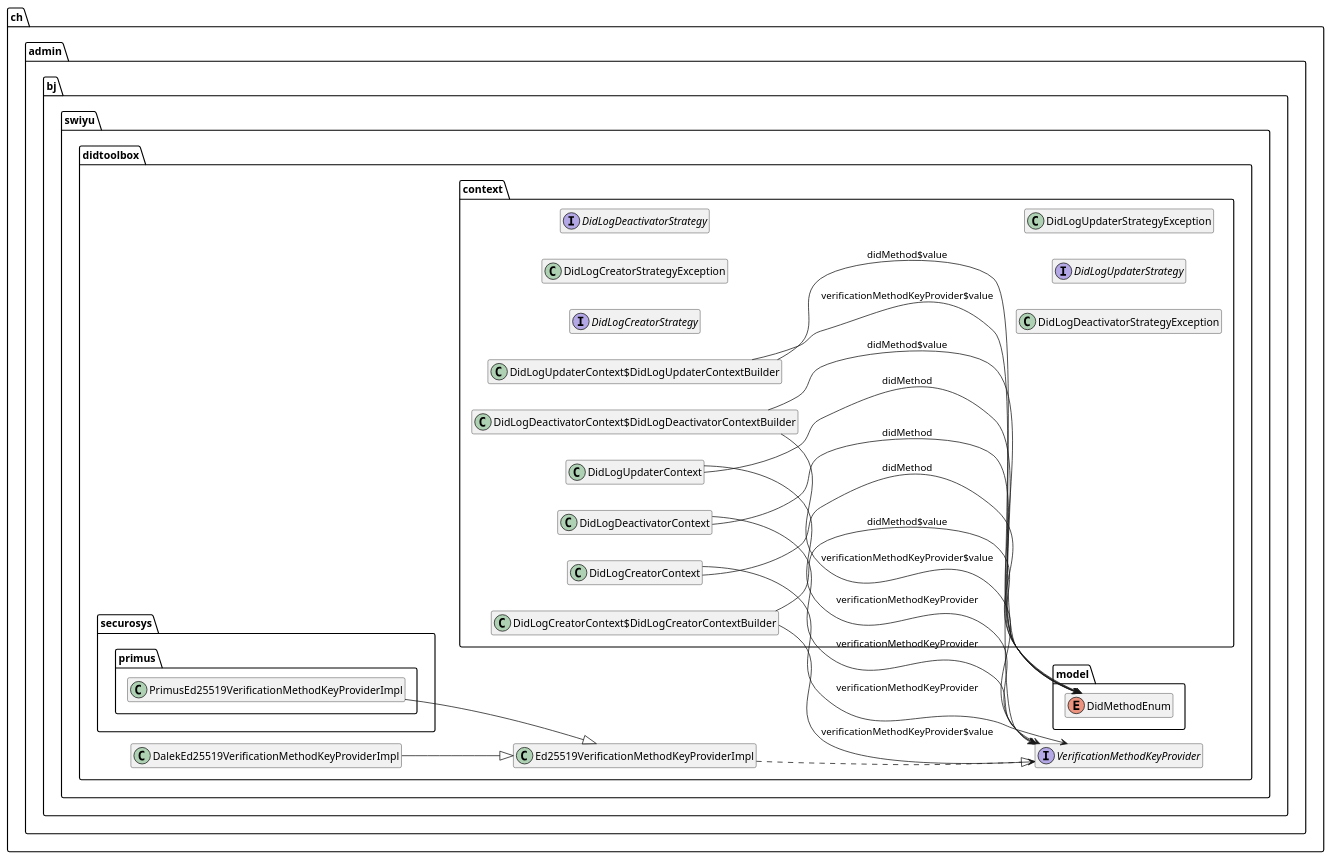
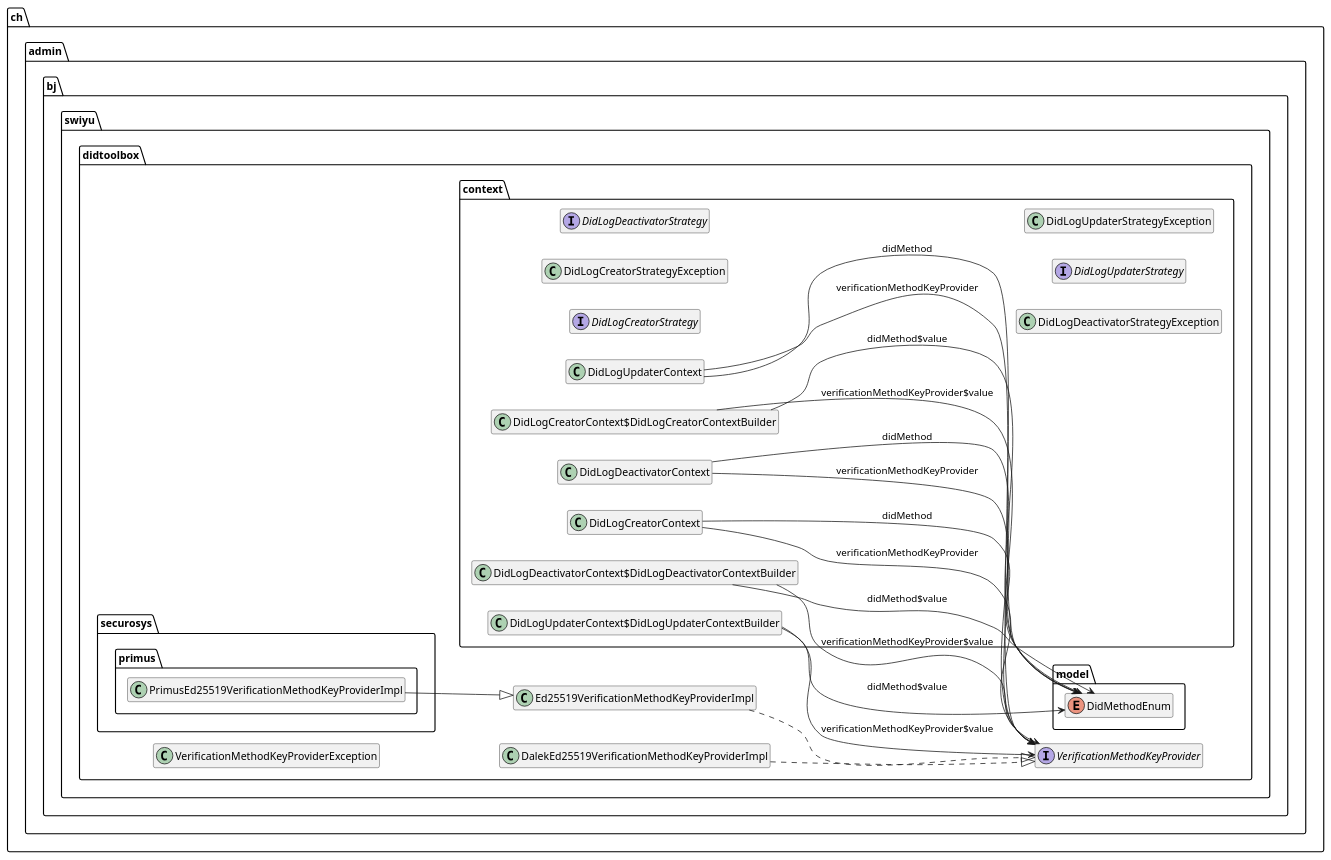
Before and after one commit to swiyu-admin-ch/didtoolbox-java: the diagram in src/main/plantuml/didtoolbox-api-classes-only.puml, drawn with PlantUML. The commit also changed 33 other files, not shown here.

Commit message:
EIDOMNI-544: Deps updated. Cleanup. Using broadly (where applicable) the new VerificationMethodKeyProvider impl. DalekEd25519VerificationMethodKeyProviderImpl

```diff
--- a/src/main/plantuml/didtoolbox-api-classes-only.puml
+++ b/src/main/plantuml/didtoolbox-api-classes-only.puml
@@ -2,147 +2,154 @@
 @startuml
 
 left to right direction
 
 
 class ch.admin.bj.swiyu.didtoolbox.DalekEd25519VerificationMethodKeyProviderImpl {
 	{field} #cryptoSuite : ch.admin.eid.did_sidekicks.EddsaJcs2022Cryptosuite
 	{field} #signingKey : ch.admin.eid.did_sidekicks.Ed25519SigningKey
-	{method} +addEddsaJcs2022DataIntegrityProof ( paramJsonElement1 : com.google.gson.JsonElement , paramString2 : String , paramString3 : String , paramZonedDateTime4 : java.time.ZonedDateTime ) : String
+	{method} +addEddsaJcs2022DataIntegrityProof ( paramString1 : String , paramString2 : String , paramString3 : String , paramZonedDateTime4 : java.time.ZonedDateTime ) : String
 	{method} +generateSignature ( param[B1 : [B ) : [B
 	{method} +getVerificationKeyMultibase () : String
-	{method} +writePublicKeyAsPem ( paramString1 : String ) : void
+	{method} +isKeyMultibaseInSet ( paramSet1 : java.util.Set ) : boolean
+	{method} +writePublicKeyPemFile ( paramFile1 : java.io.File ) : void
 }
 
 
 class ch.admin.bj.swiyu.didtoolbox.Ed25519VerificationMethodKeyProviderImpl {
 	{field} #keyPair : java.security.KeyPair
 	{field} #provider : java.security.Provider
+	{method} +addEddsaJcs2022DataIntegrityProof ( paramString1 : String , paramString2 : String , paramString3 : String , paramZonedDateTime4 : java.time.ZonedDateTime ) : String
 	{method} +generateSignature ( param[B1 : [B ) : [B
 	{method} +getVerificationKeyMultibase () : String
 	{method} +isKeyMultibaseInSet ( paramSet1 : java.util.Set ) : boolean
 	{method} +writePublicKeyAsPem ( paramFile1 : java.io.File ) : void
 }
 
 
 interface ch.admin.bj.swiyu.didtoolbox.VerificationMethodKeyProvider {
+	{method}  {abstract} +addEddsaJcs2022DataIntegrityProof ( paramString1 : String , paramString2 : String , paramString3 : String , paramZonedDateTime4 : java.time.ZonedDateTime ) : String
 	{method}  {abstract} +generateSignature ( param[B1 : [B ) : [B
 	{method}  {abstract} +getVerificationKeyMultibase () : String
 	{method}  {abstract} +isKeyMultibaseInSet ( paramSet1 : java.util.Set ) : boolean
+}
+
+
+class ch.admin.bj.swiyu.didtoolbox.VerificationMethodKeyProviderException {
 }
 
 
 class ch.admin.bj.swiyu.didtoolbox.context.DidLogCreatorContext {
 	{method} +create ( paramURL1 : java.net.URL ) : String
 }
 
 
 class ch.admin.bj.swiyu.didtoolbox.context.DidLogCreatorContext$DidLogCreatorContextBuilder {
 	{method} +assertionMethodKeys ( paramMap1 : java.util.Map ) : ch.admin.bj.swiyu.didtoolbox.context.DidLogCreatorContext$DidLogCreatorContextBuilder
 	{method} +authenticationKeys ( paramMap1 : java.util.Map ) : ch.admin.bj.swiyu.didtoolbox.context.DidLogCreatorContext$DidLogCreatorContextBuilder
 	{method} +build () : ch.admin.bj.swiyu.didtoolbox.context.DidLogCreatorContext
 	{method} +didMethod ( paramDidMethodEnum1 : ch.admin.bj.swiyu.didtoolbox.model.DidMethodEnum ) : ch.admin.bj.swiyu.didtoolbox.context.DidLogCreatorContext$DidLogCreatorContextBuilder
 	{method} +forceOverwrite ( paramboolean1 : boolean ) : ch.admin.bj.swiyu.didtoolbox.context.DidLogCreatorContext$DidLogCreatorContextBuilder
 	{method} +nextKeys ( paramSet1 : java.util.Set ) : ch.admin.bj.swiyu.didtoolbox.context.DidLogCreatorContext$DidLogCreatorContextBuilder
 	{method} +toString () : String
 	{method} +updateKeys ( paramSet1 : java.util.Set ) : ch.admin.bj.swiyu.didtoolbox.context.DidLogCreatorContext$DidLogCreatorContextBuilder
 	{method} +verificationMethodKeyProvider ( paramVerificationMethodKeyProvider1 : ch.admin.bj.swiyu.didtoolbox.VerificationMethodKeyProvider ) : ch.admin.bj.swiyu.didtoolbox.context.DidLogCreatorContext$DidLogCreatorContextBuilder
 }
 
 
 interface ch.admin.bj.swiyu.didtoolbox.context.DidLogCreatorStrategy {
 	{method}  {abstract} +createDidLog ( paramURL1 : java.net.URL ) : String
 	{method}  {abstract} +createDidLog ( paramURL1 : java.net.URL , paramZonedDateTime2 : java.time.ZonedDateTime ) : String
 }
 
 
 class ch.admin.bj.swiyu.didtoolbox.context.DidLogCreatorStrategyException {
 }
 
 
 class ch.admin.bj.swiyu.didtoolbox.context.DidLogDeactivatorContext {
 	{method} +deactivate ( paramString1 : String ) : String
 	{method} +deactivate ( paramFile1 : java.io.File ) : String
 }
 
 
 class ch.admin.bj.swiyu.didtoolbox.context.DidLogDeactivatorContext$DidLogDeactivatorContextBuilder {
 	{method} +build () : ch.admin.bj.swiyu.didtoolbox.context.DidLogDeactivatorContext
 	{method} +didMethod ( paramDidMethodEnum1 : ch.admin.bj.swiyu.didtoolbox.model.DidMethodEnum ) : ch.admin.bj.swiyu.didtoolbox.context.DidLogDeactivatorContext$DidLogDeactivatorContextBuilder
 	{method} +toString () : String
 	{method} +verificationMethodKeyProvider ( paramVerificationMethodKeyProvider1 : ch.admin.bj.swiyu.didtoolbox.VerificationMethodKeyProvider ) : ch.admin.bj.swiyu.didtoolbox.context.DidLogDeactivatorContext$DidLogDeactivatorContextBuilder
 }
 
 
 interface ch.admin.bj.swiyu.didtoolbox.context.DidLogDeactivatorStrategy {
 	{method}  {abstract} +deactivateDidLog ( paramString1 : String ) : String
 	{method}  {abstract} +deactivateDidLog ( paramFile1 : java.io.File ) : String
 	{method}  {abstract} +deactivateDidLog ( paramString1 : String , paramZonedDateTime2 : java.time.ZonedDateTime ) : String
 }
 
 
 class ch.admin.bj.swiyu.didtoolbox.context.DidLogDeactivatorStrategyException {
 }
 
 
 class ch.admin.bj.swiyu.didtoolbox.context.DidLogUpdaterContext {
 	{method} +update ( paramString1 : String ) : String
 	{method} +update ( paramFile1 : java.io.File ) : String
 }
 
 
 class ch.admin.bj.swiyu.didtoolbox.context.DidLogUpdaterContext$DidLogUpdaterContextBuilder {
 	{method} +assertionMethodKeys ( paramMap1 : java.util.Map ) : ch.admin.bj.swiyu.didtoolbox.context.DidLogUpdaterContext$DidLogUpdaterContextBuilder
 	{method} +authenticationKeys ( paramMap1 : java.util.Map ) : ch.admin.bj.swiyu.didtoolbox.context.DidLogUpdaterContext$DidLogUpdaterContextBuilder
 	{method} +build () : ch.admin.bj.swiyu.didtoolbox.context.DidLogUpdaterContext
 	{method} +didMethod ( paramDidMethodEnum1 : ch.admin.bj.swiyu.didtoolbox.model.DidMethodEnum ) : ch.admin.bj.swiyu.didtoolbox.context.DidLogUpdaterContext$DidLogUpdaterContextBuilder
 	{method} +nextKeys ( paramSet1 : java.util.Set ) : ch.admin.bj.swiyu.didtoolbox.context.DidLogUpdaterContext$DidLogUpdaterContextBuilder
 	{method} +toString () : String
 	{method} +updateKeys ( paramSet1 : java.util.Set ) : ch.admin.bj.swiyu.didtoolbox.context.DidLogUpdaterContext$DidLogUpdaterContextBuilder
 	{method} +verificationMethodKeyProvider ( paramVerificationMethodKeyProvider1 : ch.admin.bj.swiyu.didtoolbox.VerificationMethodKeyProvider ) : ch.admin.bj.swiyu.didtoolbox.context.DidLogUpdaterContext$DidLogUpdaterContextBuilder
 }
 
 
 interface ch.admin.bj.swiyu.didtoolbox.context.DidLogUpdaterStrategy {
 	{method}  {abstract} +updateDidLog ( paramString1 : String ) : String
 	{method}  {abstract} +updateDidLog ( paramFile1 : java.io.File ) : String
 	{method}  {abstract} +updateDidLog ( paramString1 : String , paramZonedDateTime2 : java.time.ZonedDateTime ) : String
 }
 
 
 class ch.admin.bj.swiyu.didtoolbox.context.DidLogUpdaterStrategyException {
 }
 
 
 enum ch.admin.bj.swiyu.didtoolbox.model.DidMethodEnum {
 	{field} +TDW_0_3
 	{field} +WEBVH_1_0
 }
 
 
 class ch.admin.bj.swiyu.didtoolbox.securosys.primus.PrimusEd25519VerificationMethodKeyProviderImpl {
 	{method} +generateSignature ( param[B1 : [B ) : [B
 }
 
 
 
 
-ch.admin.bj.swiyu.didtoolbox.DalekEd25519VerificationMethodKeyProviderImpl --|>  ch.admin.bj.swiyu.didtoolbox.Ed25519VerificationMethodKeyProviderImpl
+ch.admin.bj.swiyu.didtoolbox.DalekEd25519VerificationMethodKeyProviderImpl ..|>  ch.admin.bj.swiyu.didtoolbox.VerificationMethodKeyProvider
 ch.admin.bj.swiyu.didtoolbox.Ed25519VerificationMethodKeyProviderImpl ..|>  ch.admin.bj.swiyu.didtoolbox.VerificationMethodKeyProvider
 ch.admin.bj.swiyu.didtoolbox.context.DidLogCreatorContext -->  ch.admin.bj.swiyu.didtoolbox.VerificationMethodKeyProvider : verificationMethodKeyProvider
 ch.admin.bj.swiyu.didtoolbox.context.DidLogCreatorContext -->  ch.admin.bj.swiyu.didtoolbox.model.DidMethodEnum : didMethod
 ch.admin.bj.swiyu.didtoolbox.context.DidLogCreatorContext$DidLogCreatorContextBuilder -->  ch.admin.bj.swiyu.didtoolbox.VerificationMethodKeyProvider : verificationMethodKeyProvider$value
 ch.admin.bj.swiyu.didtoolbox.context.DidLogCreatorContext$DidLogCreatorContextBuilder -->  ch.admin.bj.swiyu.didtoolbox.model.DidMethodEnum : didMethod$value
 ch.admin.bj.swiyu.didtoolbox.context.DidLogDeactivatorContext -->  ch.admin.bj.swiyu.didtoolbox.VerificationMethodKeyProvider : verificationMethodKeyProvider
 ch.admin.bj.swiyu.didtoolbox.context.DidLogDeactivatorContext -->  ch.admin.bj.swiyu.didtoolbox.model.DidMethodEnum : didMethod
 ch.admin.bj.swiyu.didtoolbox.context.DidLogDeactivatorContext$DidLogDeactivatorContextBuilder -->  ch.admin.bj.swiyu.didtoolbox.VerificationMethodKeyProvider : verificationMethodKeyProvider$value
 ch.admin.bj.swiyu.didtoolbox.context.DidLogDeactivatorContext$DidLogDeactivatorContextBuilder -->  ch.admin.bj.swiyu.didtoolbox.model.DidMethodEnum : didMethod$value
 ch.admin.bj.swiyu.didtoolbox.context.DidLogUpdaterContext -->  ch.admin.bj.swiyu.didtoolbox.VerificationMethodKeyProvider : verificationMethodKeyProvider
 ch.admin.bj.swiyu.didtoolbox.context.DidLogUpdaterContext -->  ch.admin.bj.swiyu.didtoolbox.model.DidMethodEnum : didMethod
 ch.admin.bj.swiyu.didtoolbox.context.DidLogUpdaterContext$DidLogUpdaterContextBuilder -->  ch.admin.bj.swiyu.didtoolbox.VerificationMethodKeyProvider : verificationMethodKeyProvider$value
 ch.admin.bj.swiyu.didtoolbox.context.DidLogUpdaterContext$DidLogUpdaterContextBuilder -->  ch.admin.bj.swiyu.didtoolbox.model.DidMethodEnum : didMethod$value
 ch.admin.bj.swiyu.didtoolbox.securosys.primus.PrimusEd25519VerificationMethodKeyProviderImpl --|>  ch.admin.bj.swiyu.didtoolbox.Ed25519VerificationMethodKeyProviderImpl
 
 hide fields
 hide methods
 
 @enduml
```
